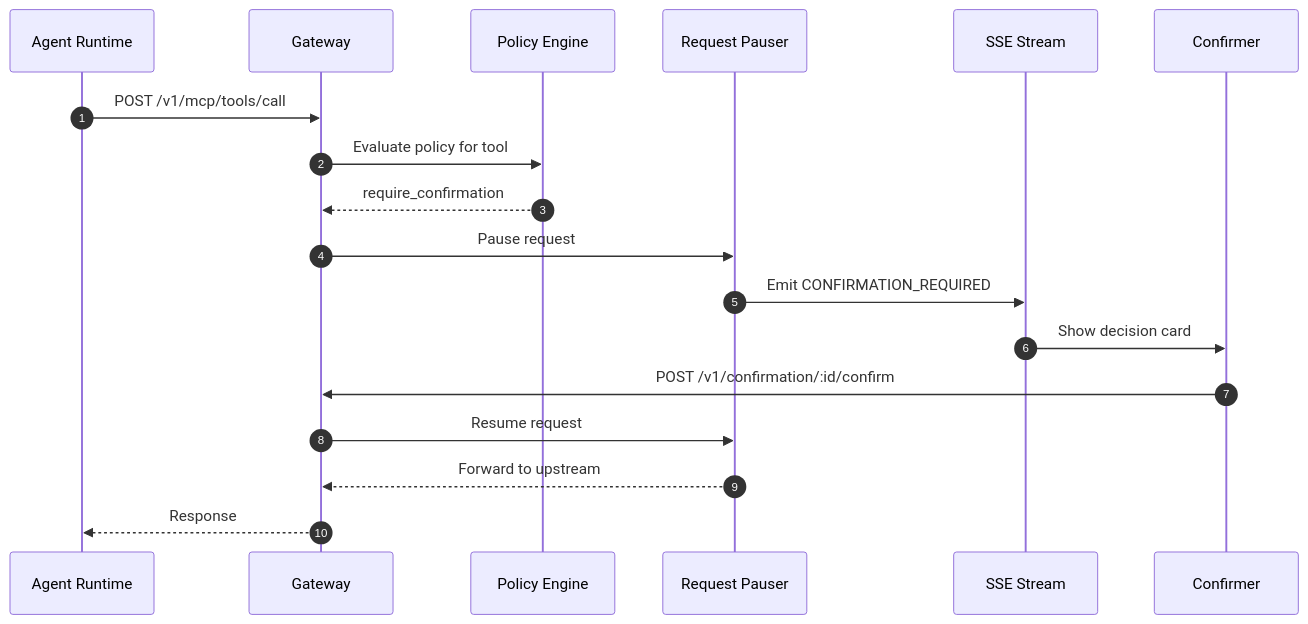
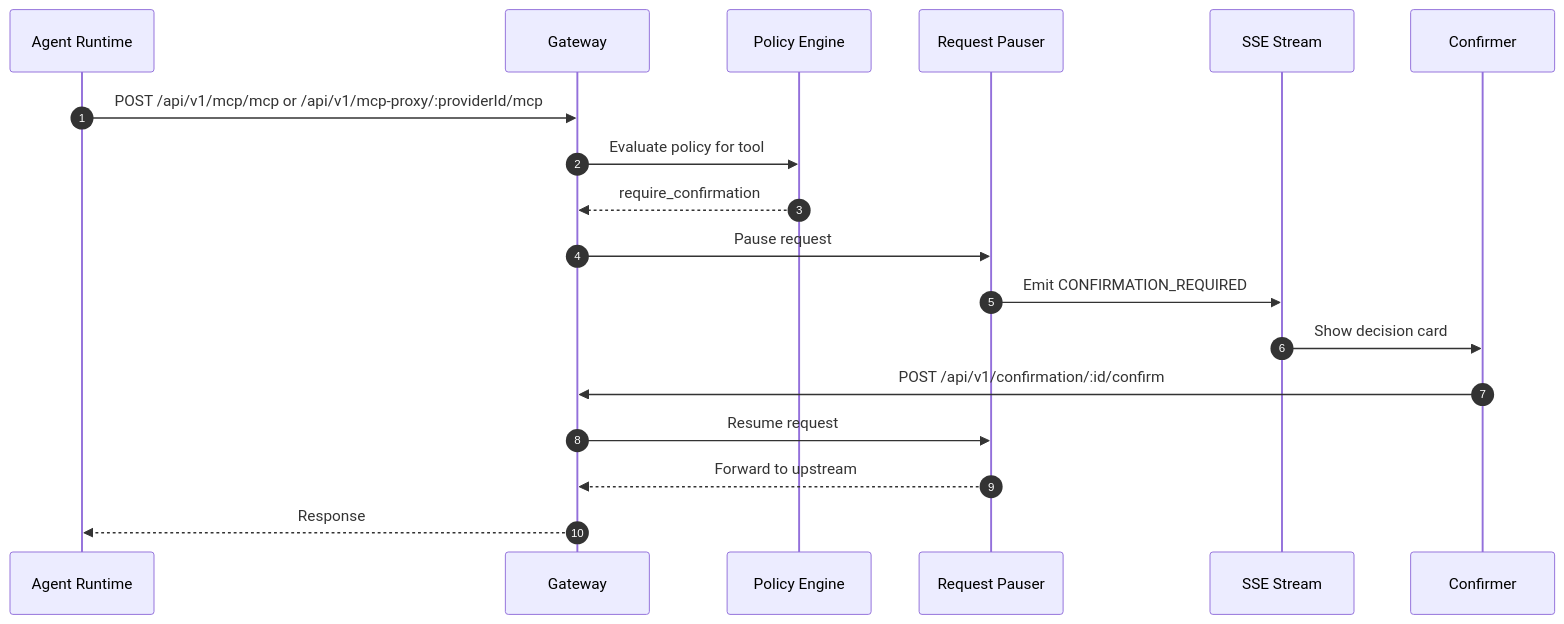
One commit to simplaix/simplaix-gateway changed the diagram in docs/content/docs/concepts/confirmations.mdx. Above: the diagram before and after it, drawn with Mermaid. The commit also changed other lines of this file and 53 other files, not shown here.

````diff
--- a/docs/content/docs/concepts/confirmations.mdx
+++ b/docs/content/docs/concepts/confirmations.mdx
@@ -10,22 +10,22 @@
 ```mermaid
 sequenceDiagram
     autonumber
     participant C as Agent Runtime
     participant GW as Gateway
     participant PE as Policy Engine
     participant RP as Request Pauser
     participant SSE as SSE Stream
     participant U as Confirmer
 
-    C->>GW: POST /v1/mcp/tools/call
+    C->>GW: POST /api/v1/mcp/mcp or /api/v1/mcp-proxy/:providerId/mcp
     GW->>PE: Evaluate policy for tool
     PE-->>GW: require_confirmation
 
     GW->>RP: Pause request
     RP->>SSE: Emit CONFIRMATION_REQUIRED
     SSE->>U: Show decision card
-    U->>GW: POST /v1/confirmation/:id/confirm
+    U->>GW: POST /api/v1/confirmation/:id/confirm
     GW->>RP: Resume request
     RP-->>GW: Forward to upstream
     GW-->>C: Response
 ```
````
